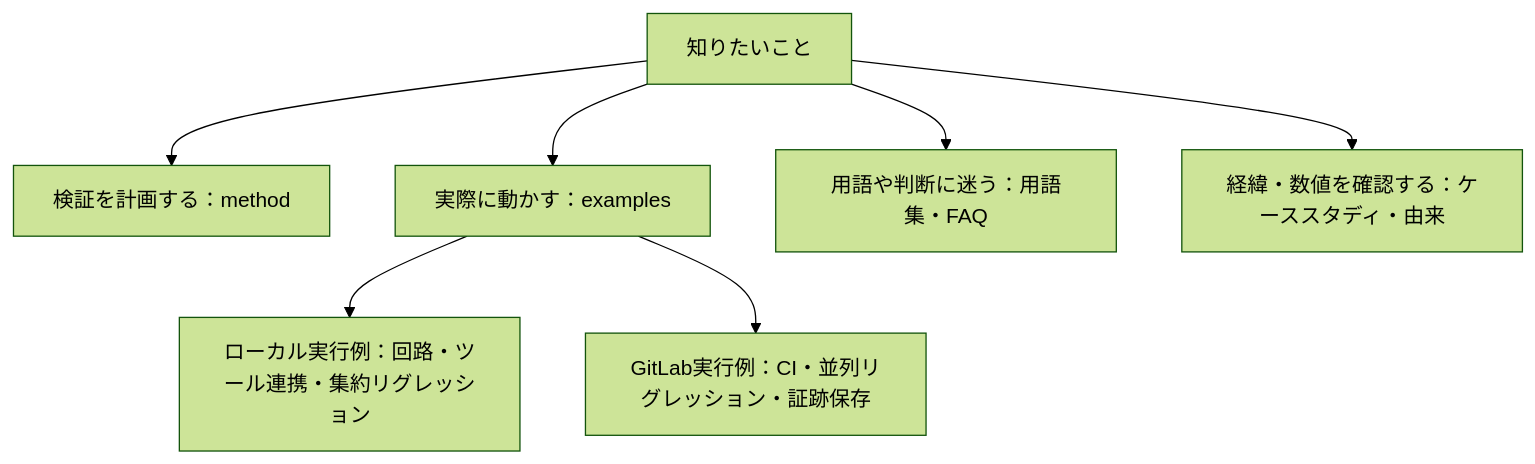
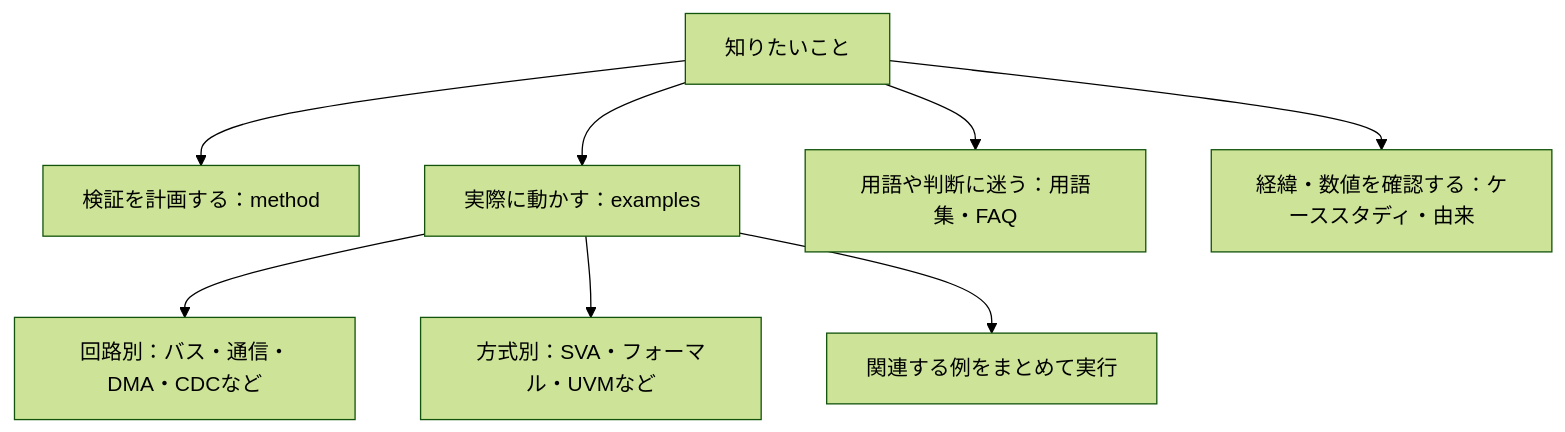
One commit to kurochan001/lsi-verification-method changed the first of 2 diagrams in README.md. Above: the diagram before and after it, drawn with Mermaid (forest theme). The commit also changed other lines of this file, not shown here.

````diff
--- a/README.md
+++ b/README.md
@@ -12,11 +171,12 @@
 ```mermaid
 flowchart TD
   accTitle: 目的から資料を選ぶ
   accDescr: 手法の理解、実行例、用語、過去の記録を分けてたどると、必要な説明へ進めます。
   S["知りたいこと"] --> M["検証を計画する：method"]
   S --> E["実際に動かす：examples"]
   S --> G["用語や判断に迷う：用語集・FAQ"]
   S --> C["経緯・数値を確認する：ケーススタディ・由来"]
-  E --> L["ローカル実行例：回路・ツール連携・集約リグレッション"]
-  E --> J["GitLab実行例：CI・並列リグレッション・証跡保存"]
+  E --> L["回路別：バス・通信・DMA・CDCなど"]
+  E --> V["方式別：SVA・フォーマル・UVMなど"]
+  E --> A["関連する例をまとめて実行"]
 ```
````
